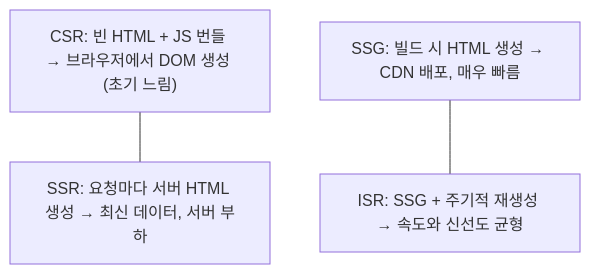
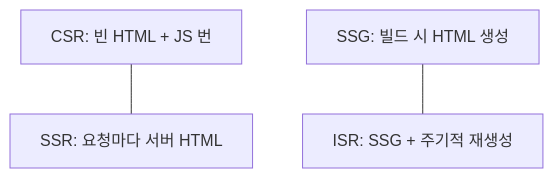
One commit to yjkim2015/yjkim2015.github.io changed the first of 6 diagrams in _posts/frontend/2026-05-02-nextjs-fundamentals.md. Above: the diagram before and after it, drawn with Mermaid. The commit also changed other lines of this file and 271 other files, not shown here.

First line of the commit message:
Mermaid 라벨 축소: 긴 노드 텍스트 18자 이하로 트림 + \n 제거

````diff
--- a/_posts/frontend/2026-05-02-nextjs-fundamentals.md
+++ b/_posts/frontend/2026-05-02-nextjs-fundamentals.md
@@ -25,9 +25,9 @@
 ```mermaid
 graph TD
-    CSR["CSR: 빈 HTML + JS 번들 → 브라우저에서 DOM 생성 (초기 느림)"]
-    SSR["SSR: 요청마다 서버 HTML 생성 → 최신 데이터, 서버 부하"]
-    SSG["SSG: 빌드 시 HTML 생성 → CDN 배포, 매우 빠름"]
-    ISR["ISR: SSG + 주기적 재생성 → 속도와 신선도 균형"]
+    CSR["CSR: 빈 HTML + JS 번"]
+    SSR["SSR: 요청마다 서버 HTML"]
+    SSG["SSG: 빌드 시 HTML 생성"]
+    ISR["ISR: SSG + 주기적 재생성"]
     CSR --- SSR
     SSG --- ISR
 ```
````
